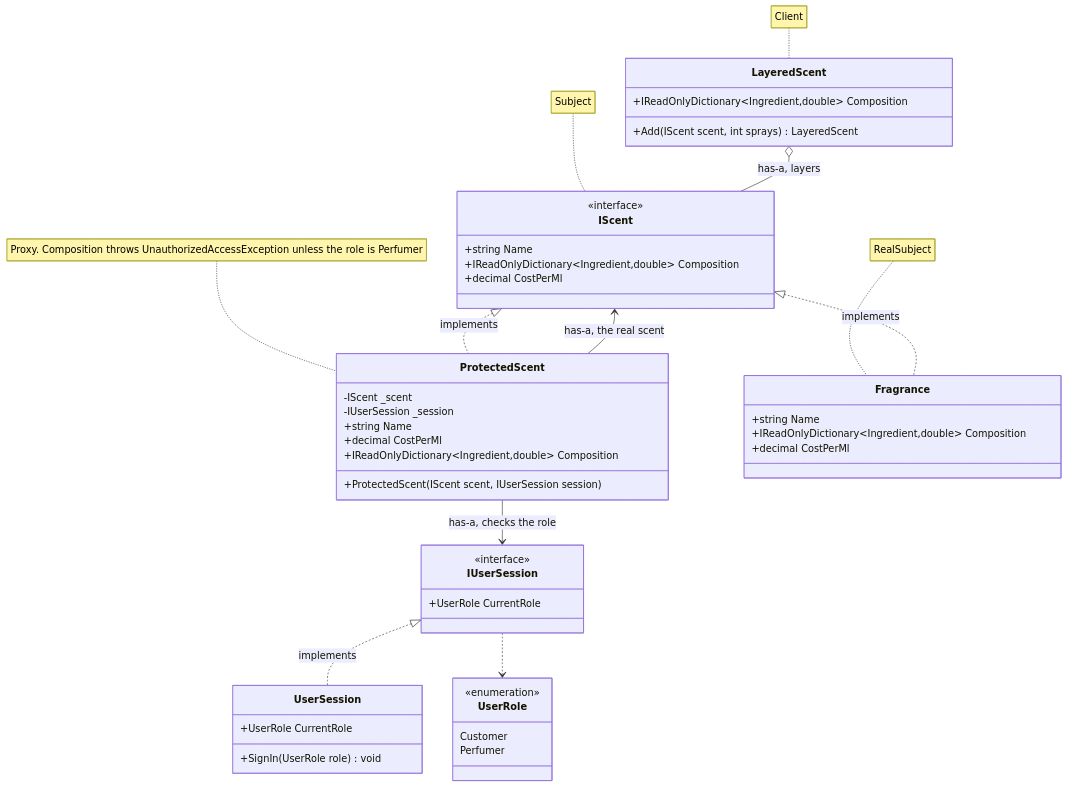
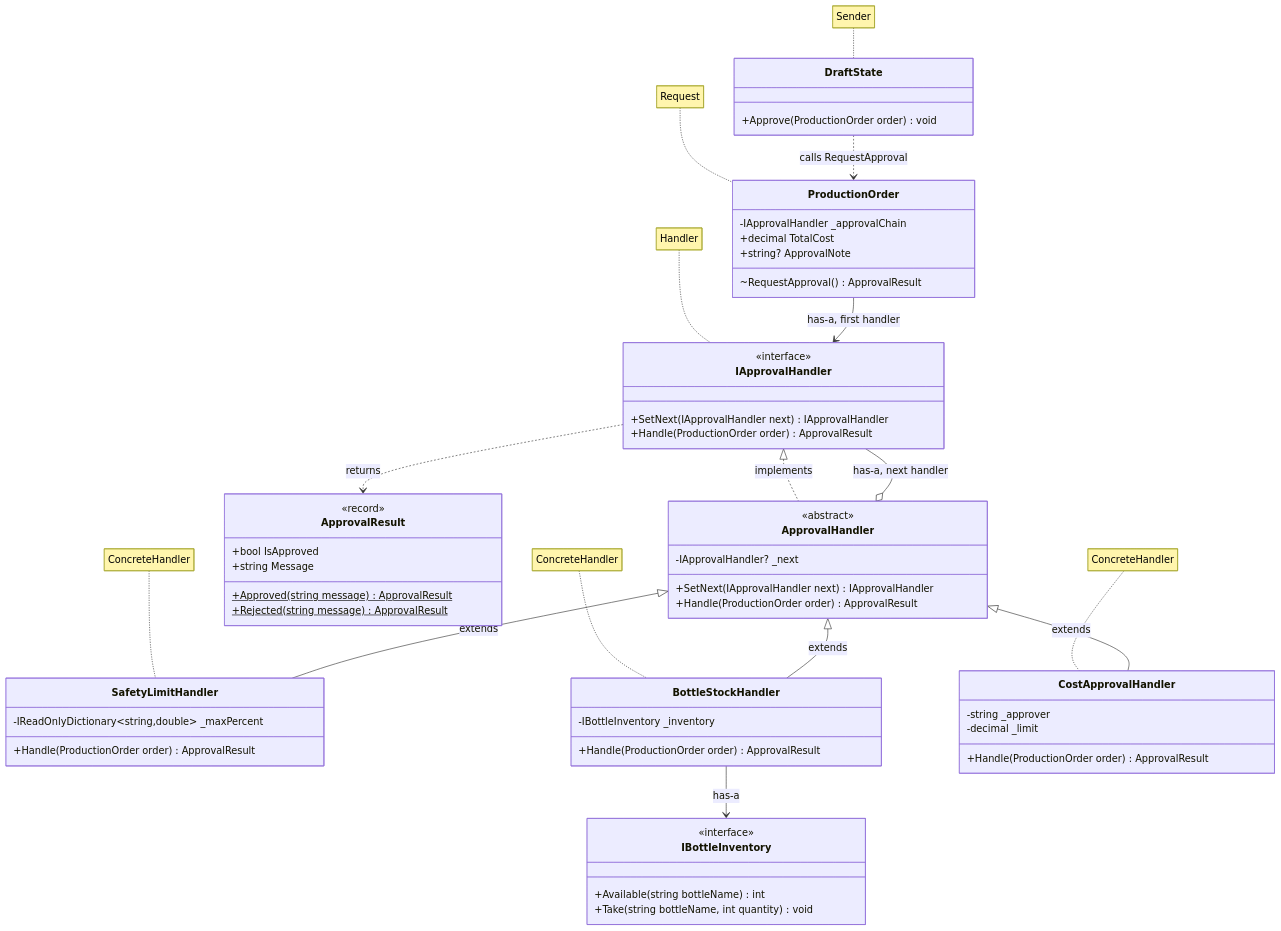
One commit to m0sji/TMPS_26 changed the third of 5 diagrams in REPORT.md. Above: the diagram before and after it, drawn with Mermaid. The commit also changed other lines of this file and 1 other file, not shown here.

````diff
--- a/REPORT.md
+++ b/REPORT.md
@@ -224,60 +284,75 @@
 ```mermaid
 classDiagram
     direction TB
 
-    class IScent {
+    class IApprovalHandler {
         <<interface>>
-        +string Name
-        +IReadOnlyDictionary~Ingredient,double~ Composition
-        +decimal CostPerMl
+        +SetNext(IApprovalHandler next) IApprovalHandler
+        +Handle(ProductionOrder order) ApprovalResult
     }
 
-    class ProtectedScent {
-        -IScent _scent
-        -IUserSession _session
-        +ProtectedScent(IScent scent, IUserSession session)
-        +string Name
-        +decimal CostPerMl
-        +IReadOnlyDictionary~Ingredient,double~ Composition
+    class ApprovalHandler {
+        <<abstract>>
+        -IApprovalHandler? _next
+        +SetNext(IApprovalHandler next) IApprovalHandler
+        +Handle(ProductionOrder order) ApprovalResult
     }
 
-    class Fragrance {
-        +string Name
-        +IReadOnlyDictionary~Ingredient,double~ Composition
-        +decimal CostPerMl
+    class SafetyLimitHandler {
+        -IReadOnlyDictionary~string,double~ _maxPercent
+        +Handle(ProductionOrder order) ApprovalResult
     }
 
-    class IUserSession {
-        <<interface>>
-        +UserRole CurrentRole
+    class BottleStockHandler {
+        -IBottleInventory _inventory
+        +Handle(ProductionOrder order) ApprovalResult
     }
 
-    class UserSession {
-        +UserRole CurrentRole
-        +SignIn(UserRole role) void
+    class CostApprovalHandler {
+        -string _approver
+        -decimal _limit
+        +Handle(ProductionOrder order) ApprovalResult
     }
 
-    class UserRole {
-        <<enumeration>>
-        Customer
-        Perfumer
+    class ApprovalResult {
+        <<record>>
+        +bool IsApproved
+        +string Message
+        +Approved(string message)$ ApprovalResult
+        +Rejected(string message)$ ApprovalResult
     }
 
-    class LayeredScent {
-        +Add(IScent scent, int sprays) LayeredScent
-        +IReadOnlyDictionary~Ingredient,double~ Composition
+    class ProductionOrder {
+        -IApprovalHandler _approvalChain
+        +decimal TotalCost
+        +string? ApprovalNote
+        ~RequestApproval() ApprovalResult
     }
 
-    IScent <|.. ProtectedScent : implements
-    IScent <|.. Fragrance : implements
-    ProtectedScent --> IScent : has-a, the real scent
-    ProtectedScent --> IUserSession : has-a, checks the role
-    IUserSession <|.. UserSession : implements
-    IUserSession ..> UserRole
-    LayeredScent o-- IScent : has-a, layers
+    class DraftState {
+        +Approve(ProductionOrder order) void
+    }
 
-    note for IScent "Subject"
-    note for ProtectedScent "Proxy. Composition throws UnauthorizedAccessException unless the role is Perfumer"
-    note for Fragrance "RealSubject"
-    note for LayeredScent "Client"
+    class IBottleInventory {
+        <<interface>>
+        +Available(string bottleName) int
+        +Take(string bottleName, int quantity) void
+    }
+
+    IApprovalHandler <|.. ApprovalHandler : implements
+    ApprovalHandler o-- IApprovalHandler : has-a, next handler
+    ApprovalHandler <|-- SafetyLimitHandler : extends
+    ApprovalHandler <|-- BottleStockHandler : extends
+    ApprovalHandler <|-- CostApprovalHandler : extends
+    BottleStockHandler --> IBottleInventory : has-a
+    IApprovalHandler ..> ApprovalResult : returns
+    ProductionOrder --> IApprovalHandler : has-a, first handler
+    DraftState ..> ProductionOrder : calls RequestApproval
+
+    note for IApprovalHandler "Handler"
+    note for SafetyLimitHandler "ConcreteHandler"
+    note for BottleStockHandler "ConcreteHandler"
+    note for CostApprovalHandler "ConcreteHandler"
+    note for ProductionOrder "Request"
+    note for DraftState "Sender"
 ```
````
